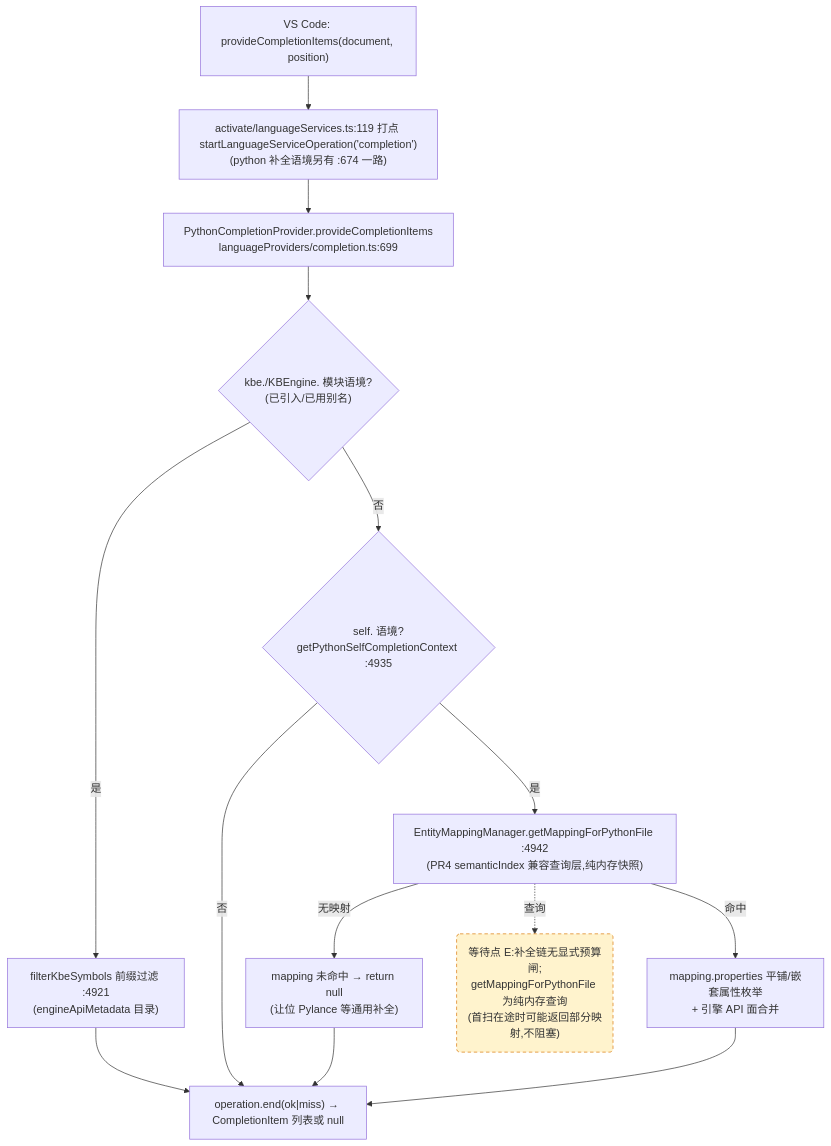
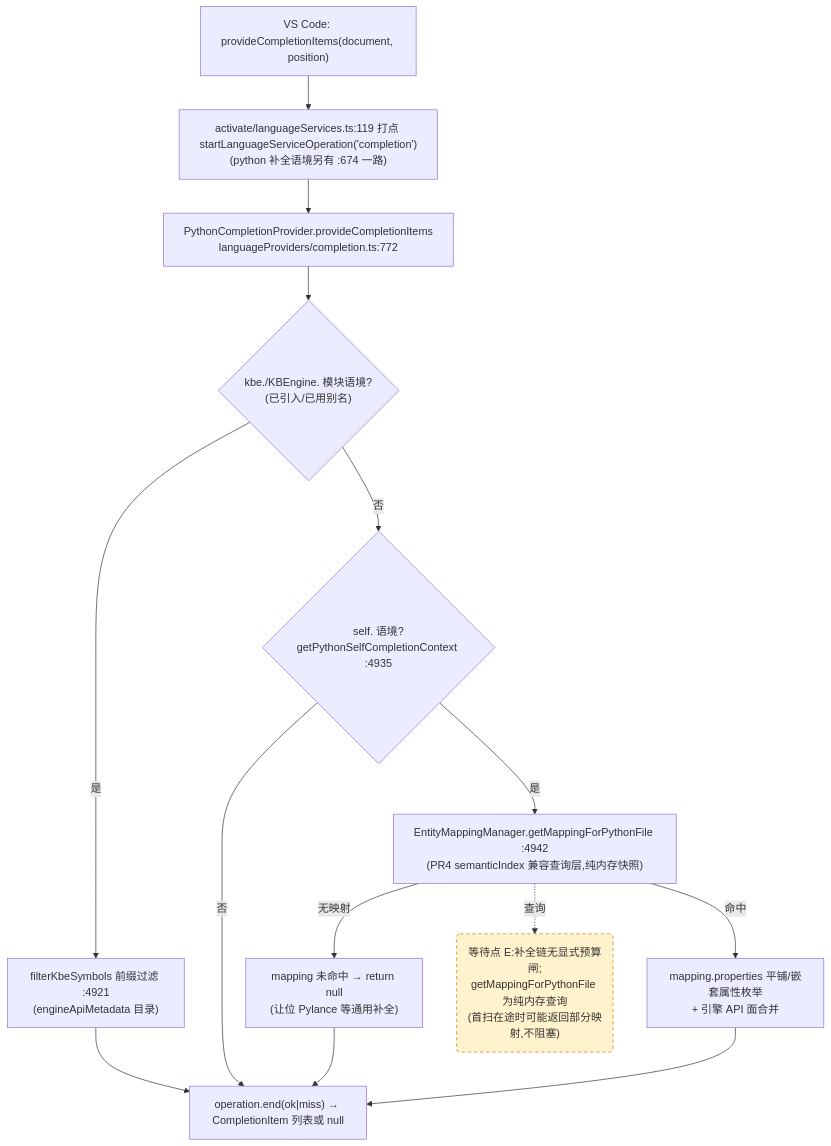
Before and after one commit to cuihairu/kode: the third of 4 diagrams in docs/perf/2026-baseline.md, drawn with Mermaid. The commit also changed 9 other files, not shown here.

````diff
--- a/docs/perf/2026-baseline.md
+++ b/docs/perf/2026-baseline.md
@@ -184,27 +184,27 @@
 ```mermaid
 flowchart TD
   VC3["VS Code: provideCompletionItems(document, position)"]
   M3["activate/languageServices.ts:119 打点 startLanguageServiceOperation('completion')<br/>(python 补全语境另有 :674 一路)"]
-  CP["PythonCompletionProvider.provideCompletionItems<br/>languageProviders/completion.ts:699"]
+  CP["PythonCompletionProvider.provideCompletionItems<br/>languageProviders/completion.ts:772"]
   KBEC{"kbe./KBEngine. 模块语境?<br/>(已引入/已用别名)"}
   FILTER["filterKbeSymbols 前缀过滤 :4921<br/>(engineApiMetadata 目录)"]
   SELFC{"self. 语境?<br/>getPythonSelfCompletionContext :4935"}
   MAP["EntityMappingManager.getMappingForPythonFile :4942<br/>(PR4 semanticIndex 兼容查询层,纯内存快照)"]
   NOMAP["mapping 未命中 → return null<br/>(让位 Pylance 等通用补全)"]
   PROPS["mapping.properties 平铺/嵌套属性枚举<br/>+ 引擎 API 面合并"]
   END3["operation.end(ok|miss) → CompletionItem 列表或 null"]
 
   VC3 --> M3 --> CP --> KBEC
   KBEC -- "是" --> FILTER --> END3
   KBEC -- "否" --> SELFC
   SELFC -- "否" --> END3
   SELFC -- "是" --> MAP
   MAP -- "无映射" --> NOMAP --> END3
   MAP -- "命中" --> PROPS --> END3
 
   WAITE("等待点 E:补全链无显式预算闸;<br/>getMappingForPythonFile 为纯内存查询<br/>(首扫在途时可能返回部分映射,不阻塞)")
   MAP -.->|查询| WAITE
 
   classDef waitPoint fill:#fff3cd,stroke:#d97706,stroke-dasharray:5 4;
   class WAITE waitPoint;
 ```
````
